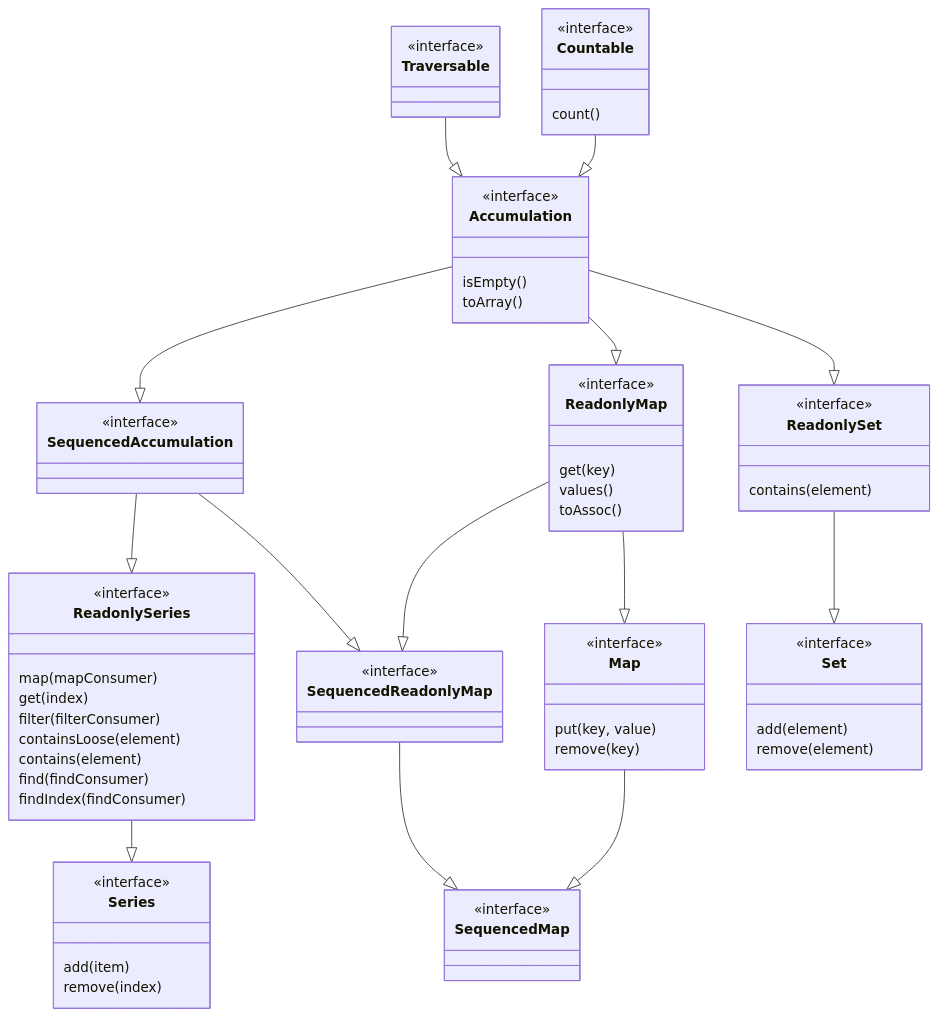
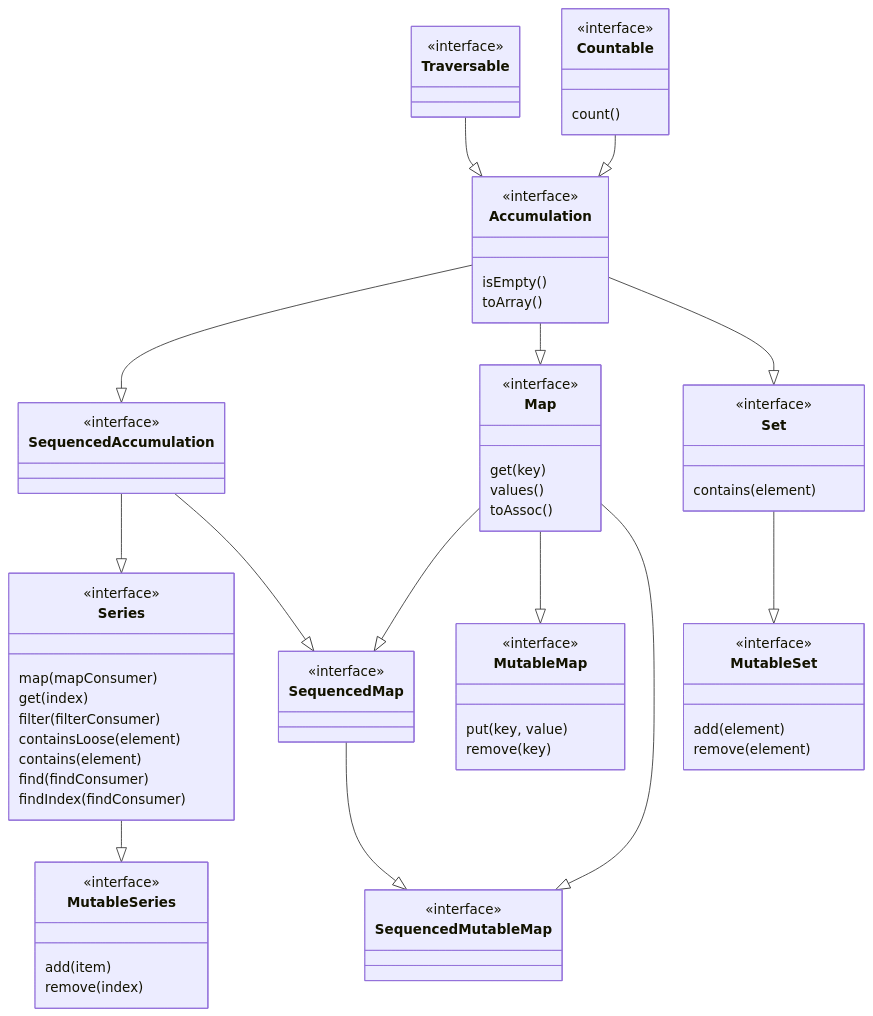
Before and after one commit to N-Silbernagel/AccumulatePHP: the diagram in README.md, drawn with Mermaid. The commit also changed other lines of this file and 26 other files, not shown here.

````diff
--- a/README.md
+++ b/README.md
@@ -66,79 +66,79 @@
 ```mermaid
 classDiagram
     direction BT
     class Countable {
         <<interface>>
         count()
     }
     
     class Traversable {
         <<interface>>
     }
     
     class Accumulation {
       <<interface>>
       isEmpty()
       toArray()
     }
     Accumulation <|-- Traversable
     Accumulation <|-- Countable
     
     class SequencedAccumulation {
       <<interface>>
     }
     SequencedAccumulation <|-- Accumulation
     
-    class ReadonlySeries {
+    class Series {
         <<interface>>
         map(mapConsumer)
         get(index)
         filter(filterConsumer)
         containsLoose(element)
         contains(element)
         find(findConsumer)
         findIndex(findConsumer)
     }
-    ReadonlySeries <|-- SequencedAccumulation
-    class Series {
+    Series <|-- SequencedAccumulation
+    class MutableSeries {
         <<interface>>
         add(item)
         remove(index)
     }
-    Series <|-- ReadonlySeries
+    MutableSeries <|-- Series
     
-    class ReadonlyMap {
+    class Map {
         <<interface>>
         get(key)
         values()
         toAssoc()
     }
-    ReadonlyMap <|-- Accumulation
-    class SequencedReadonlyMap {
+    Map <|-- Accumulation
+    class SequencedMap {
         <<interface>>
     }
-    SequencedReadonlyMap <|-- ReadonlyMap
-    SequencedReadonlyMap <|-- SequencedAccumulation
-    class Map {
+    SequencedMap <|-- Map
+    SequencedMap <|-- SequencedAccumulation
+    class MutableMap {
         <<interface>>
         put(key, value)
         remove(key)
     }
-    Map <|-- ReadonlyMap
-    class SequencedMap {
+    MutableMap <|-- Map
+    class SequencedMutableMap {
         <<interface>>
     }
-    SequencedMap <|-- SequencedReadonlyMap
-    SequencedMap <|-- Map
+    SequencedMutableMap <|-- SequencedMap
+    SequencedMutableMap <|-- Map
     
-    class ReadonlySet {
+    class Set {
         <<interface>>
         contains(element)
     }
-    ReadonlySet <|-- Accumulation
-    class Set {
+    Set <|-- Accumulation
+    class MutableSet {
         <<interface>>
         add(element)
         remove(element)
     }
-    Set <|-- ReadonlySet
+    MutableSet <|-- Set
 ```
````
